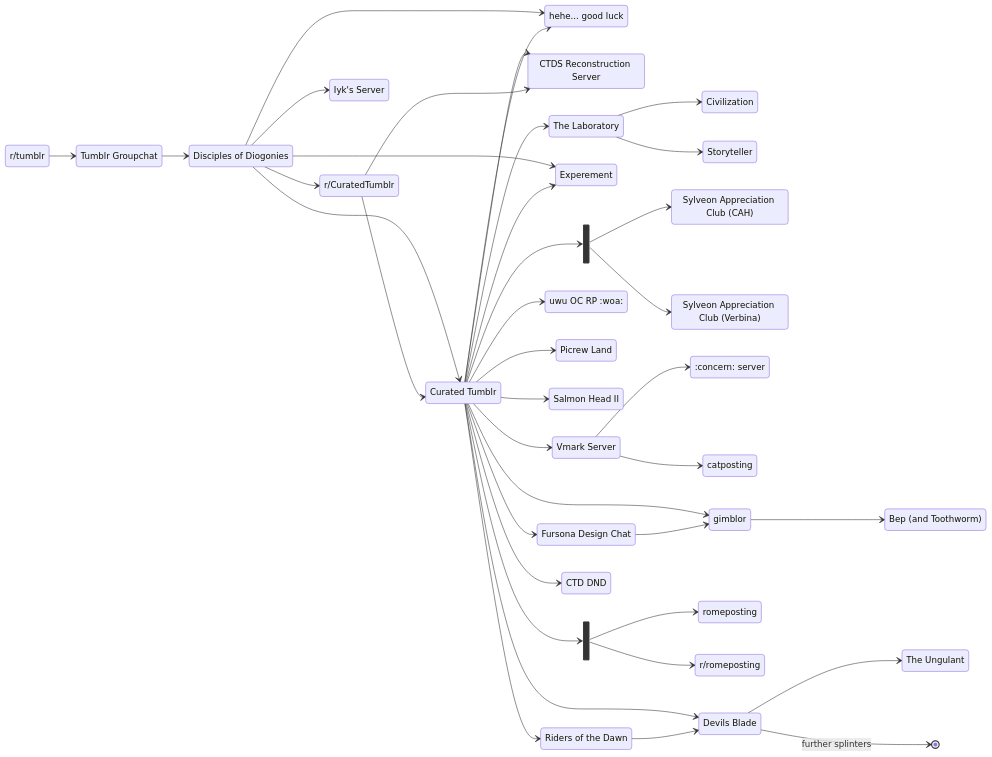
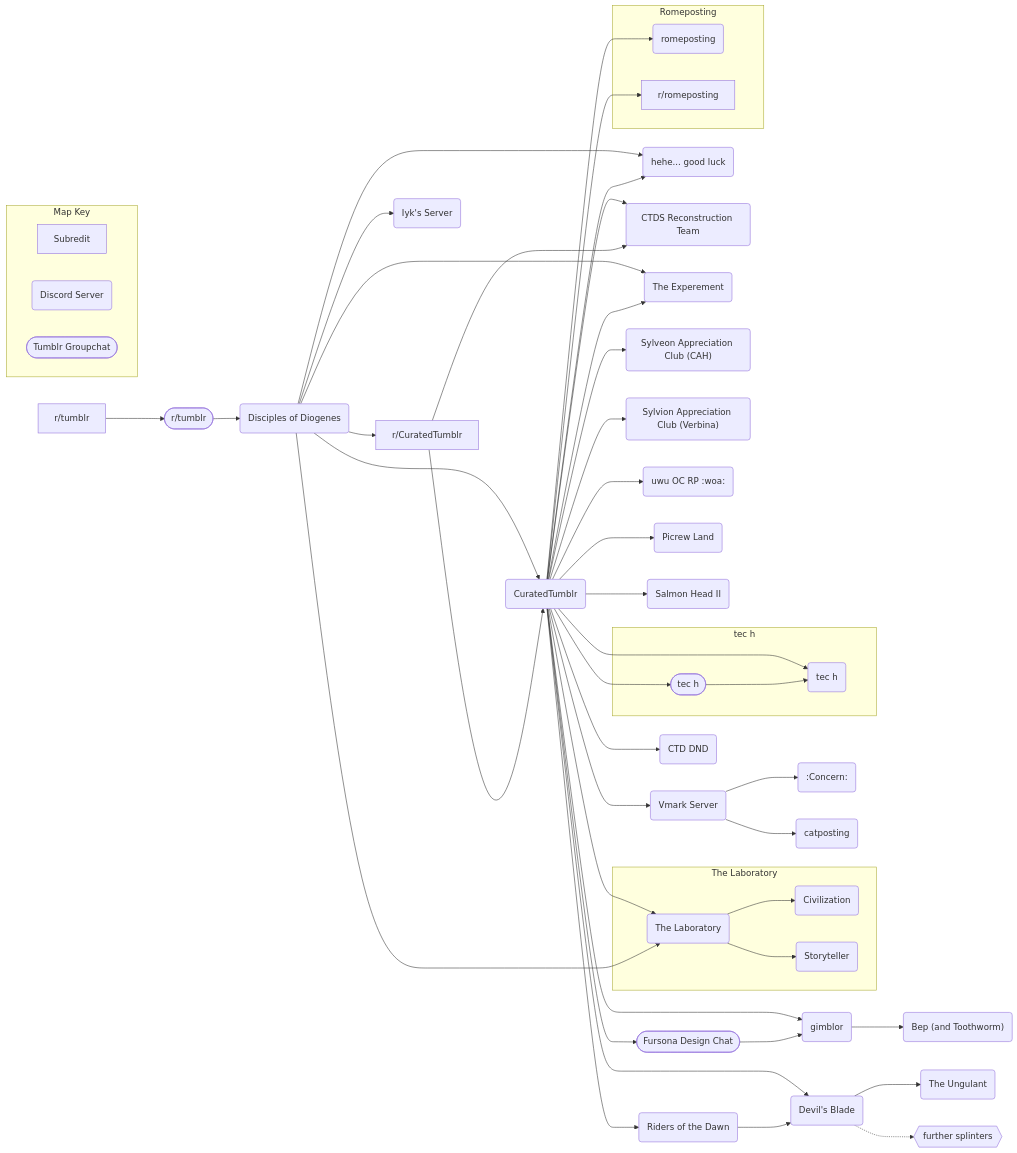
The diagram in Map.md (AnGenericAccount/CTDSphere-Map), drawn with Mermaid before and after one commit.

Commit message:
Changed format and added subgraphs
Changed format from state diagram to flowchart and added subgraphs for organization
Using the flowchart format, different shapes can be used for nodes
Added a key to explain the meanings of the different shapes

````diff
--- a/Map.md
+++ b/Map.md
@@ -1,64 +1,56 @@
 ```mermaid
-stateDiagram-v2
-    direction LR
-    state "Tumblr Groupchat" as groupchat
-    state "r/tumblr" as tumblr
-    tumblr --> groupchat
-    state "Disciples of Diogonies" as DoD
-    groupchat --> DoD
-    DoD --> r/CuratedTumblr
-    state "Curated Tumblr" as CTDS
-    DoD --> CTDS
-    r/CuratedTumblr --> CTDS
-    state "Iyk's Server" as Iyk
-    DoD --> Iyk
-    state "hehe... good luck" as luck
-    DoD --> luck
+flowchart LR
+    tumblr[r/tumblr] --> groupchat([r/tumblr])
+    groupchat --> DoD(Disciples of Diogenes)
+    DoD --> subreddit[r/CuratedTumblr]
+    DoD --> CTDS(CuratedTumblr)
+    subreddit --> CTDS
+    DoD --> Iyk(Iyk's Server)
+    DoD --> luck(hehe... good luck)
     CTDS --> luck
-    state "CTDS Reconstruction Server" as reconstruction
-    CTDS --> reconstruction
-    r/CuratedTumblr --> reconstruction
-    state "The Laboratory" as lab
-    CTDS --> lab
-    lab --> Civilization
-    lab --> Storyteller
-    DoD --> Experement
+    CTDS --> reconstruction(CTDS Reconstruction Team)
+    subreddit --> reconstruction
+    CTDS --> lab(The Laboratory)
+    DoD --> lab
+    subgraph Laboratory [The Laboratory]
+        lab --> Civilization(Civilization)
+        lab --> Storyteller(Storyteller)
+    end
+    DoD --> Experement(The Experement)
     CTDS --> Experement
-    state sylveon <<fork>>
-    CTDS --> sylveon
-    state "Sylveon Appreciation Club (CAH)" as CAH
-    sylveon --> CAH
-    state "Sylveon Appreciation Club (Verbina)" as Verbina
-    sylveon --> Verbina
-    state "uwu OC RP :woa:" as RP
-    CTDS --> RP
-    state "Picrew Land" as picrew
-    CTDS --> picrew
-    state "Salmon Head II" as salmon
-    CTDS --> salmon
-    state "Vmark Server" as Vmark
-    CTDS --> Vmark
-    state ":concern: server" as concern
-    Vmark --> concern
-    Vmark --> catposting
-    CTDS --> gimblor
-    state "Fursona Design Chat" as fursona
-    CTDS --> fursona
+    CTDS --> CAH("Sylveon Appreciation Club (CAH)")
+    CTDS --> Verbina("Sylvion Appreciation Club (Verbina)")
+    CTDS --> tech(tec h)
+    CTDS --> techchat([tec h])
+    subgraph tec[tec h]
+        techchat --> tech
+    end
+    CTDS --> RP(uwu OC RP :woa:)
+    CTDS --> picrew(Picrew Land)
+    CTDS --> salmon(Salmon Head II)
+    CTDS --> Vmark(Vmark Server)
+    Vmark --> concern(:Concern:)
+    Vmark --> catposting(catposting)
+    CTDS --> gimblor(gimblor)
+    CTDS --> fursona([Fursona Design Chat])
     fursona --> gimblor
-    state "Bep (and Toothworm)" as bep
-    gimblor --> bep
-    state rome <<fork>>
+    gimblor --> bep("Bep (and Toothworm)")
+    subgraph Romeposting
+        rome(romeposting)
+        romesub[r/romeposting]
+    end
     CTDS --> rome
-    rome --> romeposting
-    rome --> r/romeposting
-    state "CTD DND" as DND
-    CTDS --> DND
-    state "Riders of the Dawn" as dawn
-    CTDS --> dawn
-    state "Devils Blade" as blade
-    CTDS --> blade
+    CTDS --> romesub
+    CTDS --> DND(CTD DND)
+    CTDS --> dawn(Riders of the Dawn)
+    CTDS --> blade(Devil's Blade)
     dawn --> blade
-    state "The Ungulant" as ungulant
-    blade --> ungulant
-    blade --> [*]:further splinters
+    blade --> ungulant(The Ungulant)
+    blade -.-> further{{further splinters}}
+    subgraph Key [Map Key]
+        direction LR
+        sub[Subredit]
+        discord(Discord Server)
+        chat([Tumblr Groupchat])
+    end
 ```
````
